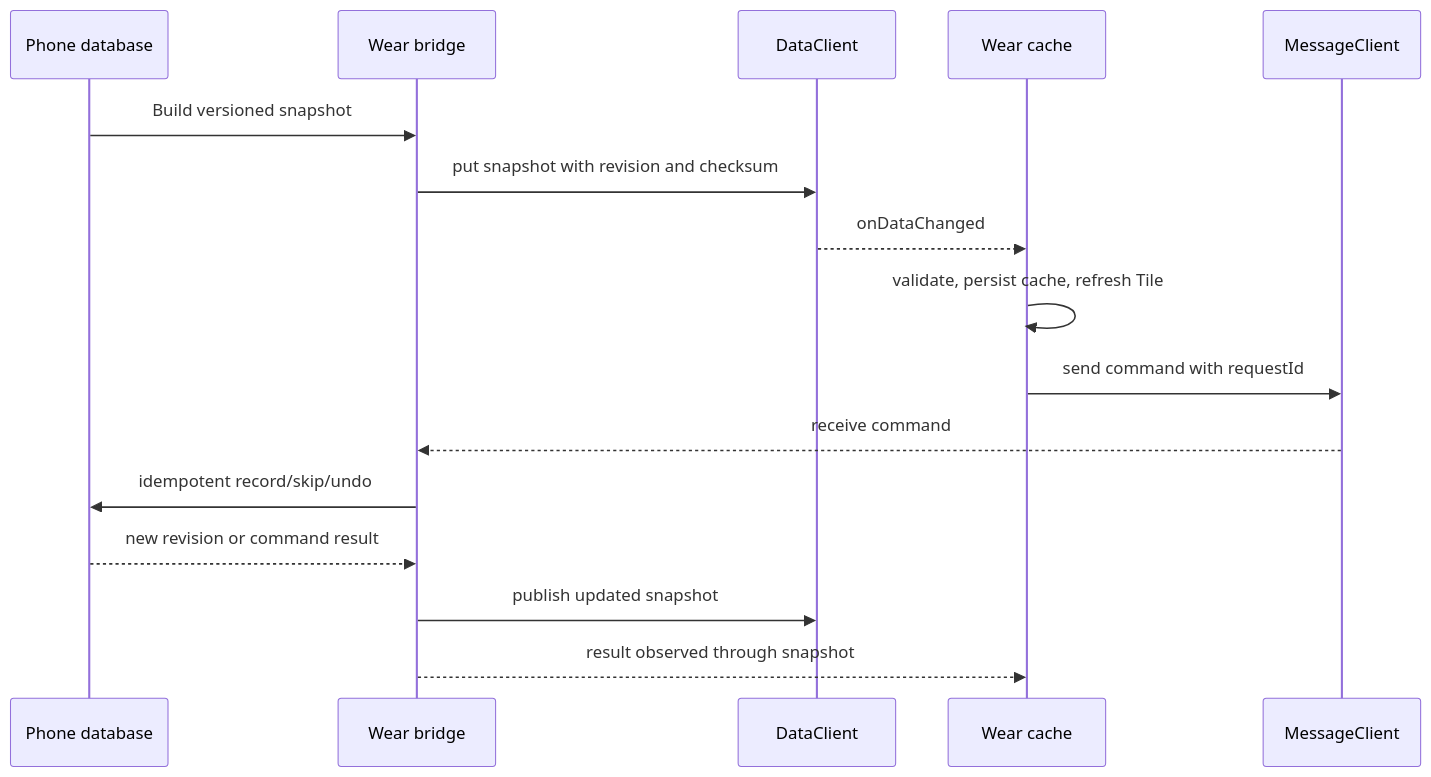
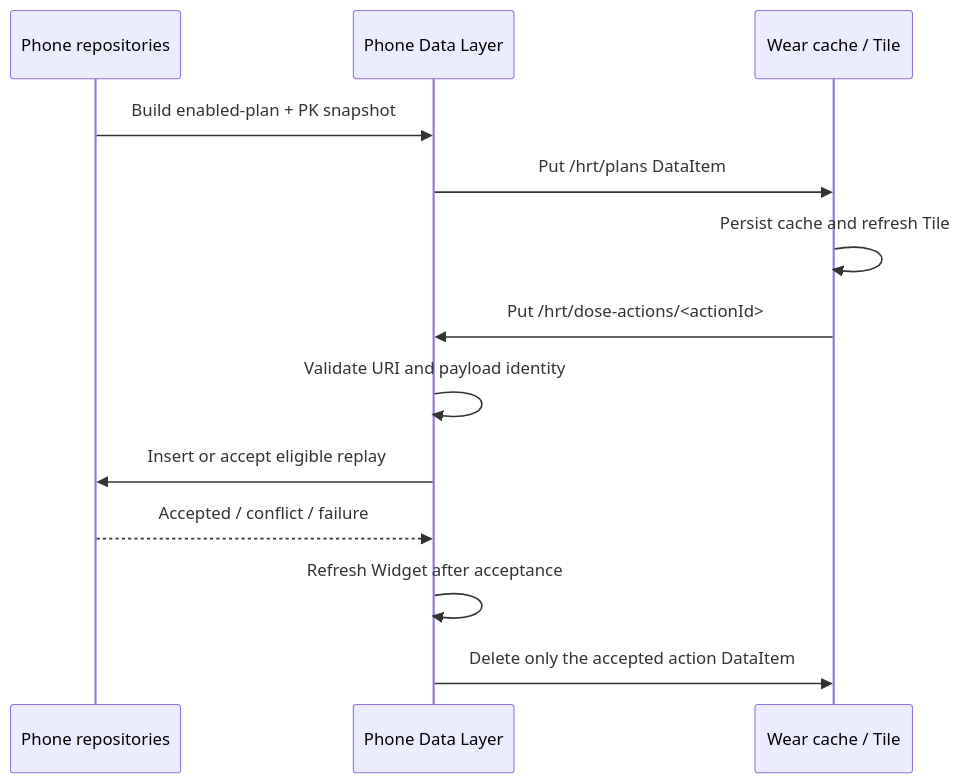
Before and after one commit to YingQiu0871/Evolune: the second of 2 diagrams in docs/evolune/ARCHITECTURE.md, drawn with Mermaid. The commit also changed other lines of this file and 8 other files, not shown here.

````diff
--- a/docs/evolune/ARCHITECTURE.md
+++ b/docs/evolune/ARCHITECTURE.md
@@ -129,19 +72,15 @@
 ```mermaid
 sequenceDiagram
-    participant Phone as Phone database
-    participant Bridge as Wear bridge
-    participant Data as DataClient
-    participant Watch as Wear cache
-    participant Msg as MessageClient
-
-    Phone->>Bridge: Build versioned snapshot
-    Bridge->>Data: put snapshot with revision and checksum
-    Data-->>Watch: onDataChanged
-    Watch->>Watch: validate, persist cache, refresh Tile
-    Watch->>Msg: send command with requestId
-    Msg-->>Bridge: receive command
-    Bridge->>Phone: idempotent record/skip/undo
-    Phone-->>Bridge: new revision or command result
-    Bridge->>Data: publish updated snapshot
-    Bridge-->>Watch: result observed through snapshot
+    participant Phone as Phone repositories
+    participant Bridge as Phone Data Layer
+    participant Watch as Wear cache / Tile
+    Phone->>Bridge: Build enabled-plan + PK snapshot
+    Bridge->>Watch: Put /hrt/plans DataItem
+    Watch->>Watch: Persist cache and refresh Tile
+    Watch->>Bridge: Put /hrt/dose-actions/<actionId>
+    Bridge->>Bridge: Validate URI and payload identity
+    Bridge->>Phone: Insert or accept eligible replay
+    Phone-->>Bridge: Accepted / conflict / failure
+    Bridge->>Bridge: Refresh Widget after acceptance
+    Bridge->>Watch: Delete only the accepted action DataItem
 ```
````
